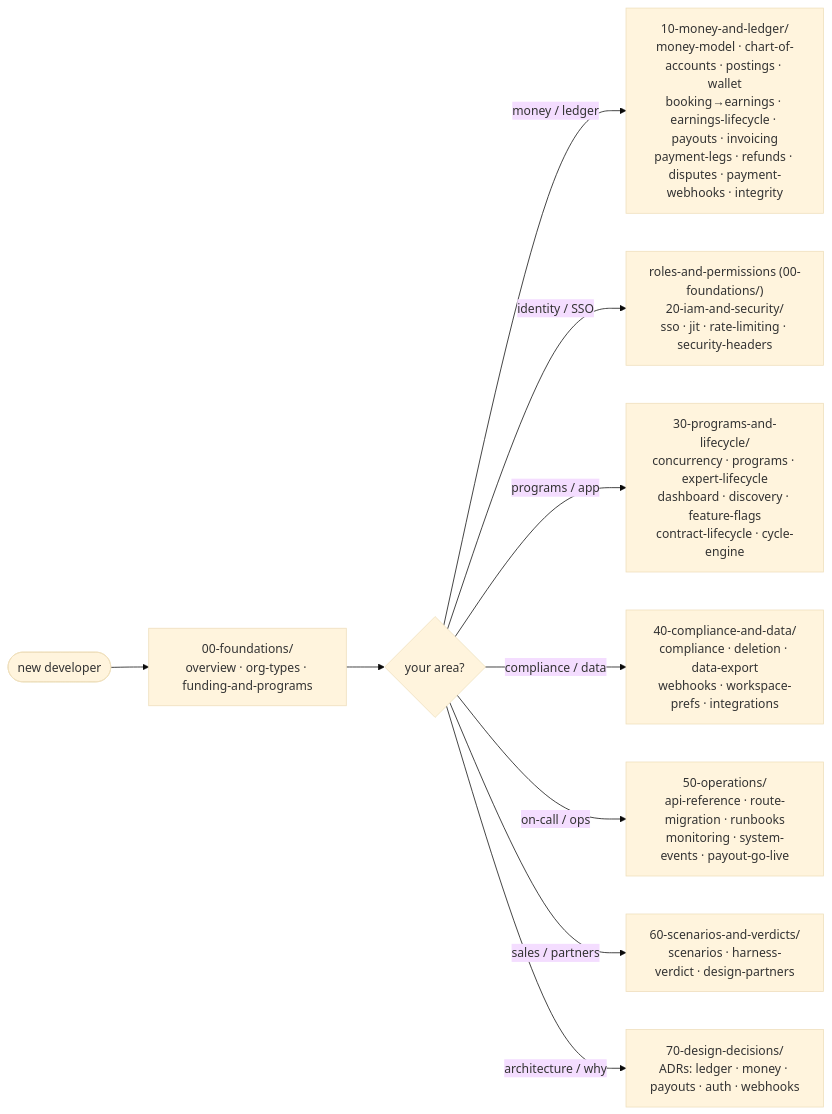
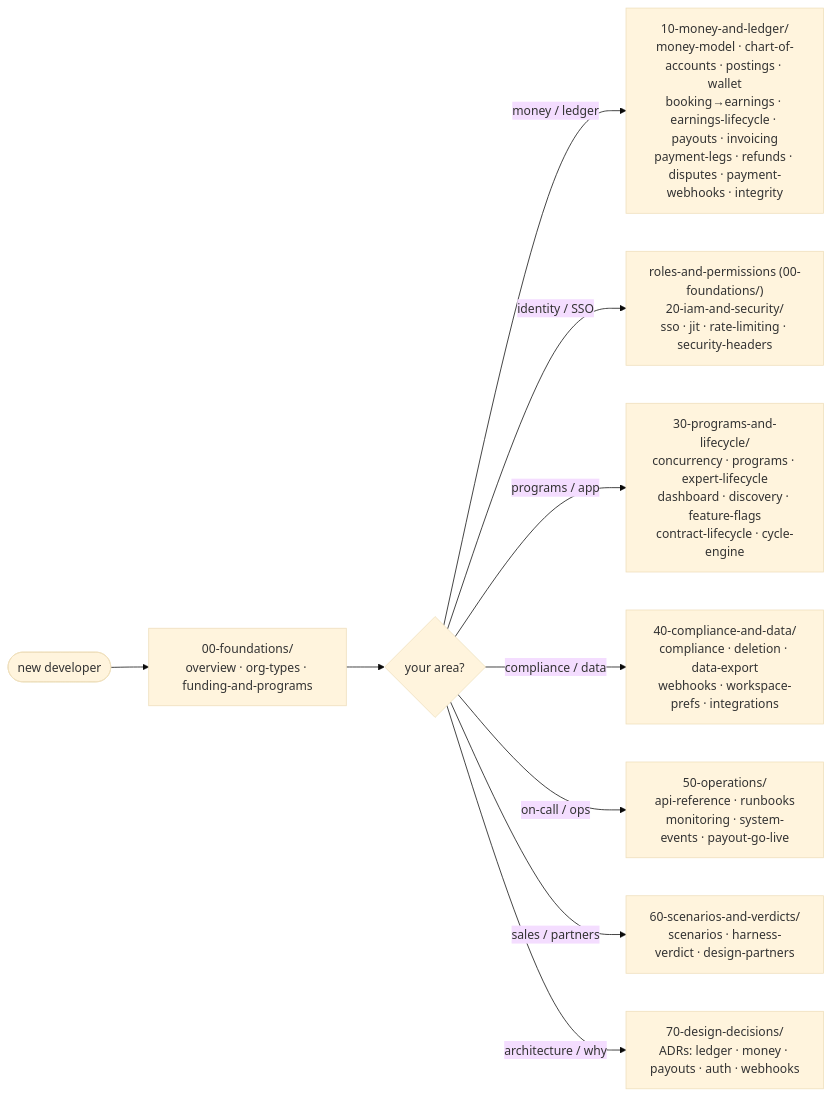
Before and after one commit to Practitionist/familiarise_web: the diagram in docs/enterprise/README.md, drawn with Mermaid (base theme). The commit also changed other lines of this file and 165 other files, not shown here.

````diff
--- a/docs/enterprise/README.md
+++ b/docs/enterprise/README.md
@@ -21,12 +21,12 @@
 ```mermaid
 flowchart LR
   START([new developer]) --> OV["00-foundations/<br/>overview · org-types · funding-and-programs"]
   OV --> PATH{your area?}
   PATH -->|money / ledger| MONEY["10-money-and-ledger/<br/>money-model · chart-of-accounts · postings · wallet<br/>booking→earnings · earnings-lifecycle · payouts · invoicing<br/>payment-legs · refunds · disputes · payment-webhooks · integrity"]
   PATH -->|identity / SSO| IAM["roles-and-permissions (00-foundations/)<br/>20-iam-and-security/<br/>sso · jit · rate-limiting · security-headers"]
   PATH -->|programs / app| PROG["30-programs-and-lifecycle/<br/>concurrency · programs · expert-lifecycle<br/>dashboard · discovery · feature-flags<br/>contract-lifecycle · cycle-engine"]
   PATH -->|compliance / data| COMP["40-compliance-and-data/<br/>compliance · deletion · data-export<br/>webhooks · workspace-prefs · integrations"]
-  PATH -->|on-call / ops| OPS["50-operations/<br/>api-reference · route-migration · runbooks<br/>monitoring · system-events · payout-go-live"]
+  PATH -->|on-call / ops| OPS["50-operations/<br/>api-reference · runbooks<br/>monitoring · system-events · payout-go-live"]
   PATH -->|sales / partners| SALES["60-scenarios-and-verdicts/<br/>scenarios · harness-verdict · design-partners"]
   PATH -->|architecture / why| ADR["70-design-decisions/<br/>ADRs: ledger · money · payouts · auth · webhooks"]
 ```
````
